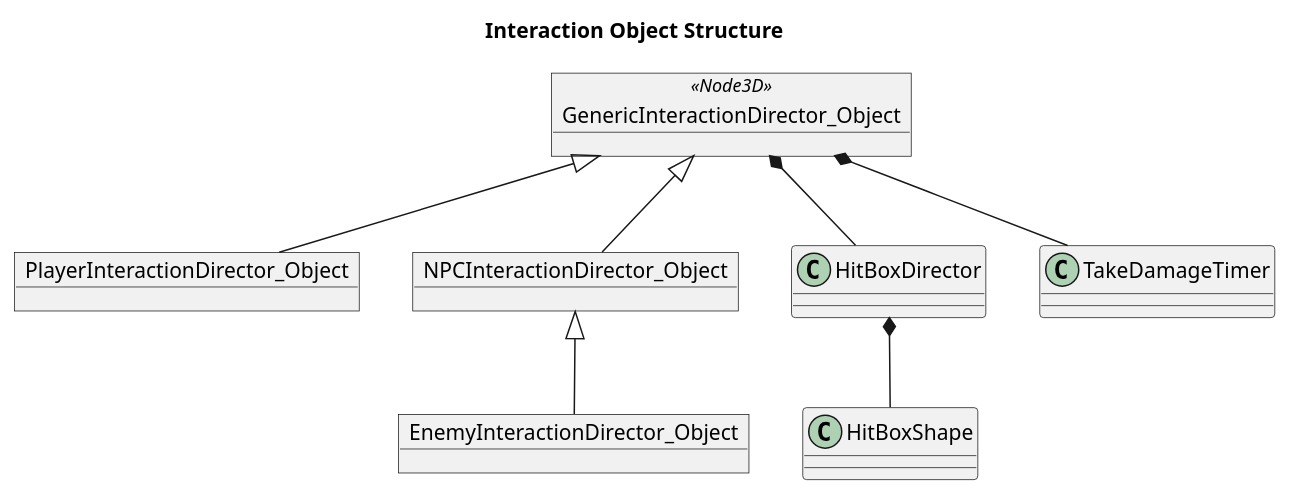
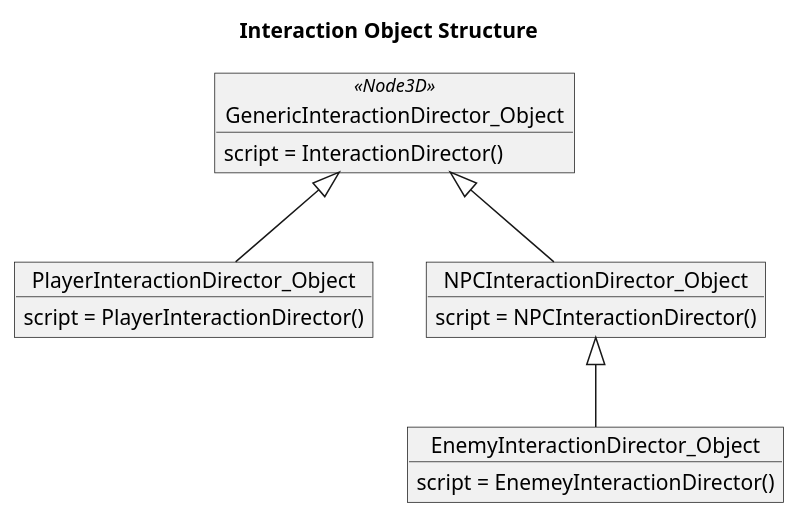
One commit to kjtkanaly/Roguelike-Shoot-Em-Up changed the diagram in UML-Diagrams/src/Interaction_Object_Struct.puml. Above: the diagram before and after it, drawn with PlantUML. The commit also changed 2 other files, not shown here.

Commit message:
Updated the diagrams for interaction classes, objects, and resources.

```diff
--- a/UML-Diagrams/src/Interaction_Object_Struct.puml
+++ b/UML-Diagrams/src/Interaction_Object_Struct.puml
@@ -1,26 +1,26 @@
 @startuml Interaction Object struct
 
 title Interaction Object Structure
 
 ' Interaction Objects
 object GenericInteractionDirector_Object <<Node3D>> {
+    script = InteractionDirector()
 }
 
 object PlayerInteractionDirector_Object {
+    script = PlayerInteractionDirector()
 }
 
 object NPCInteractionDirector_Object {
+    script = NPCInteractionDirector()
 }
 
 object EnemyInteractionDirector_Object {
+    script = EnemeyInteractionDirector()
 }
-
-GenericInteractionDirector_Object *-- HitBoxDirector
-GenericInteractionDirector_Object *-- TakeDamageTimer
-HitBoxDirector *-- HitBoxShape
 
 GenericInteractionDirector_Object <|-- PlayerInteractionDirector_Object
 GenericInteractionDirector_Object <|-- NPCInteractionDirector_Object
 NPCInteractionDirector_Object <|-- EnemyInteractionDirector_Object
 
 @enduml
```
